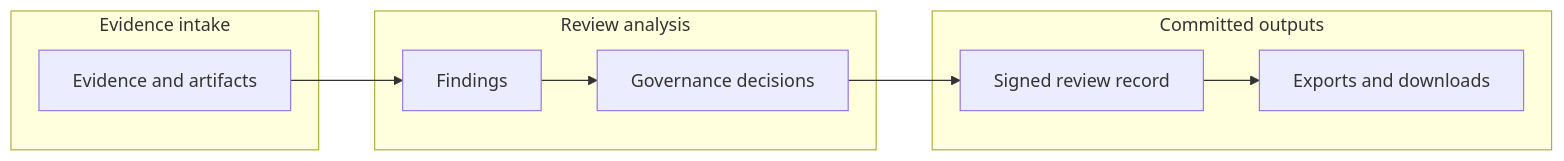
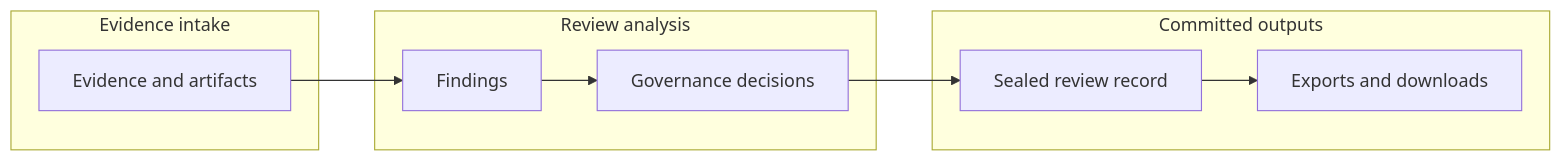
The diagram in docs/library/customer-facing/EVIDENCE_TRAIL_OPERATOR_GUIDE.md (joefrancisGA/ArchLucid), drawn with Mermaid before and after one commit. The commit also changed other lines of this file and 693 other files, not shown here.

First line of the commit message:
Rename the buyer noun from signed review record to sealed review record.

````diff
--- a/docs/library/customer-facing/EVIDENCE_TRAIL_OPERATOR_GUIDE.md
+++ b/docs/library/customer-facing/EVIDENCE_TRAIL_OPERATOR_GUIDE.md
@@ -20,21 +20,21 @@
 ```mermaid
 flowchart LR
   subgraph intake [Evidence intake]
     EV[Evidence and artifacts]
   end
 
   subgraph analysis [Review analysis]
     FD[Findings]
     GV[Governance decisions]
   end
 
   subgraph outputs [Committed outputs]
-    SR[Signed review record]
+    SR[Sealed review record]
     PKG[Exports and downloads]
   end
 
   EV --> FD
   FD --> GV
   GV --> SR
   SR --> PKG
 ```
````
